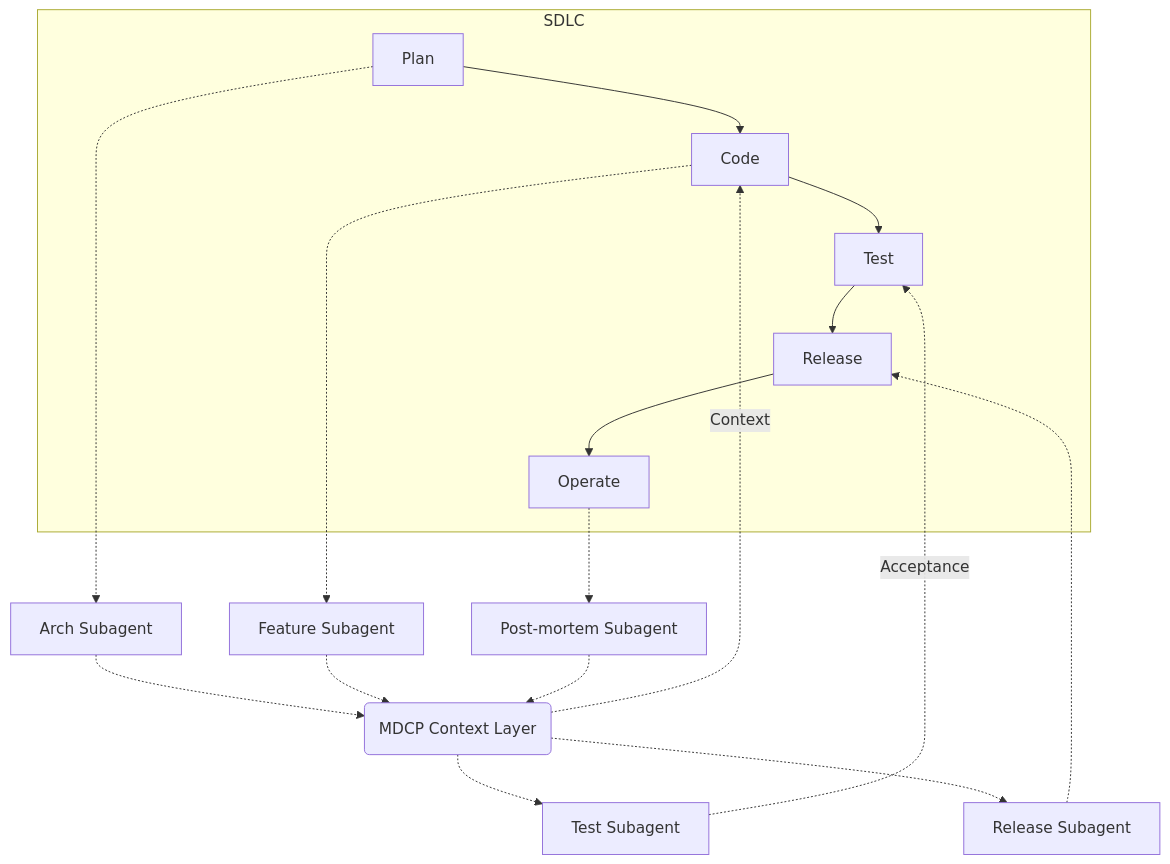
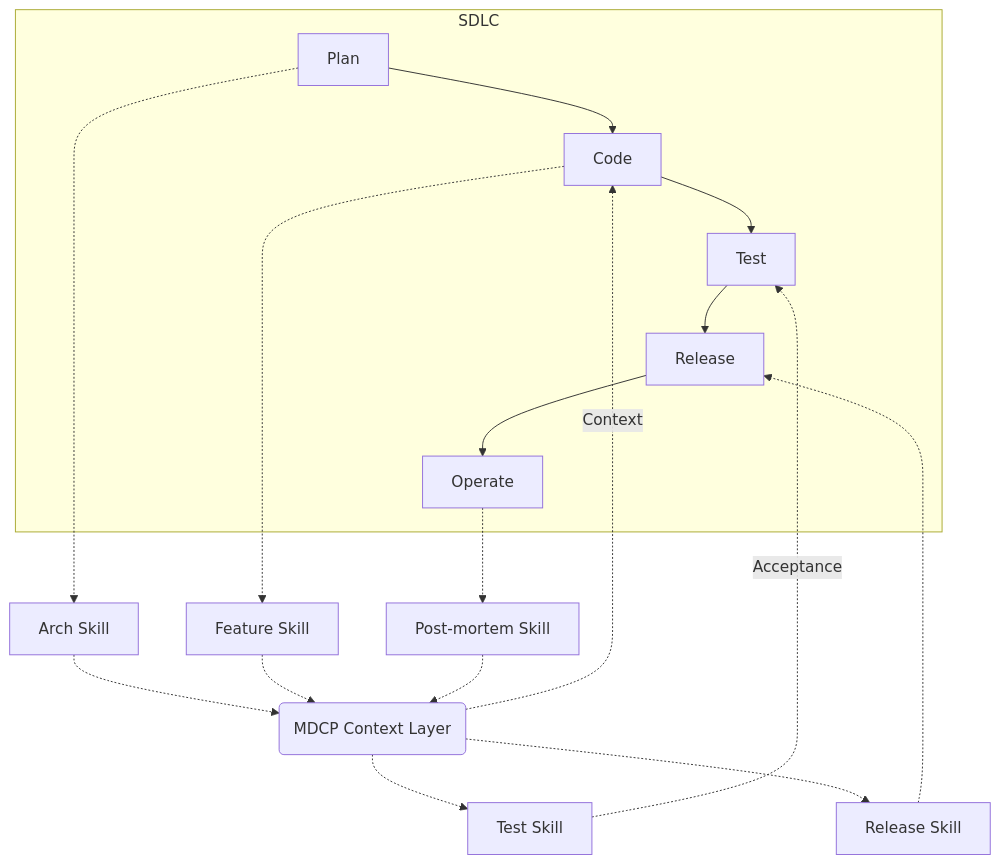
One commit to betsalel-williamson/mdcp changed the second of 2 diagrams in docs/presentation-la-devops/02c-value-chain.md. Above: the diagram before and after it, drawn with Mermaid. The commit also changed other lines of this file and 2 other files, not shown here.

Commit message:
docs(presentation): update terminology from prompts to agent skills

````diff
--- a/docs/presentation-la-devops/02c-value-chain.md
+++ b/docs/presentation-la-devops/02c-value-chain.md
@@ -81,31 +81,31 @@
 ```mermaid {scale: 0.7}
 graph TD
     subgraph SDLC
         Plan --> Code --> Test --> Release --> Operate
     end
 
     MDCP("MDCP Context Layer")
 
-    %% Subagent Actors
-    ArchAgent["Arch Subagent"]
-    FeatureAgent["Feature Subagent"]
-    TestAgent["Test Subagent"]
-    ReleaseAgent["Release Subagent"]
-    PostMortemAgent["Post-mortem Subagent"]
+    %% Agent Skills
+    ArchSkill["Arch Skill"]
+    FeatureSkill["Feature Skill"]
+    TestSkill["Test Skill"]
+    ReleaseSkill["Release Skill"]
+    PostMortemSkill["Post-mortem Skill"]
 
-    Plan -.-> ArchAgent
-    ArchAgent -.-> MDCP
+    Plan -.-> ArchSkill
+    ArchSkill -.-> MDCP
 
-    Code -.-> FeatureAgent
-    FeatureAgent -.-> MDCP
+    Code -.-> FeatureSkill
+    FeatureSkill -.-> MDCP
     MDCP -.->|"Context"| Code
 
-    MDCP -.-> TestAgent
-    TestAgent -.->|"Acceptance"| Test
+    MDCP -.-> TestSkill
+    TestSkill -.->|"Acceptance"| Test
 
-    MDCP -.-> ReleaseAgent
-    ReleaseAgent -.-> Release
+    MDCP -.-> ReleaseSkill
+    ReleaseSkill -.-> Release
 
-    Operate -.-> PostMortemAgent
-    PostMortemAgent -.-> MDCP
+    Operate -.-> PostMortemSkill
+    PostMortemSkill -.-> MDCP
 ```
````
